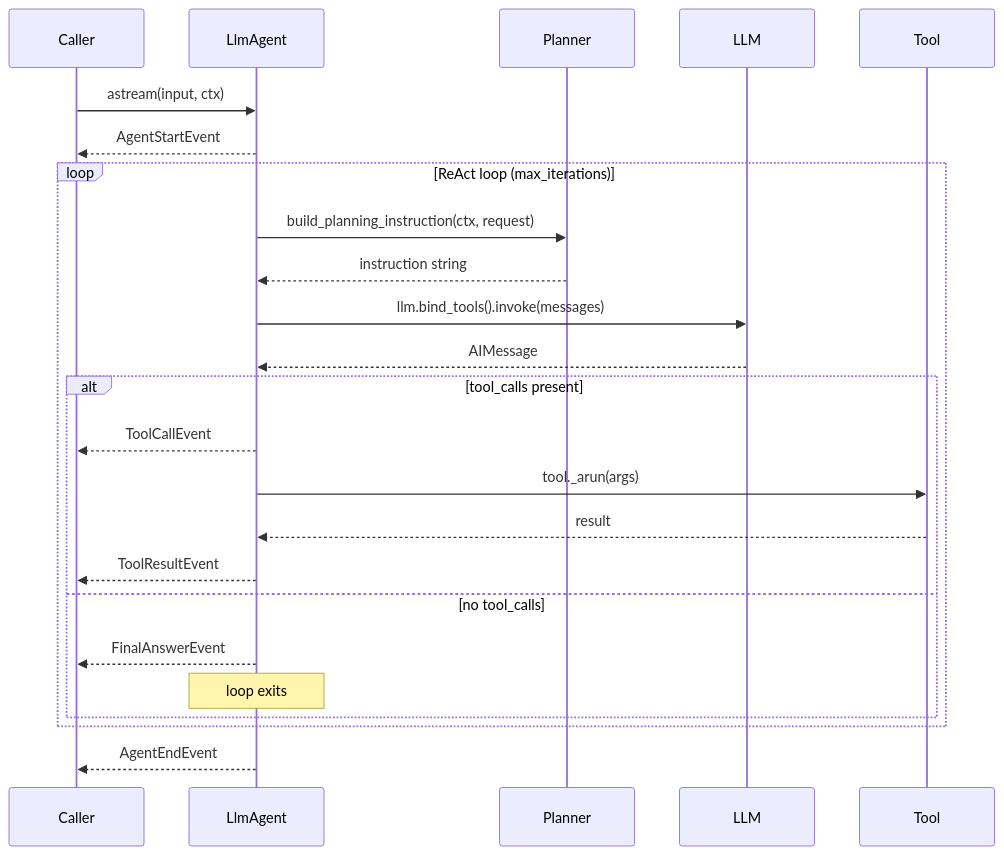
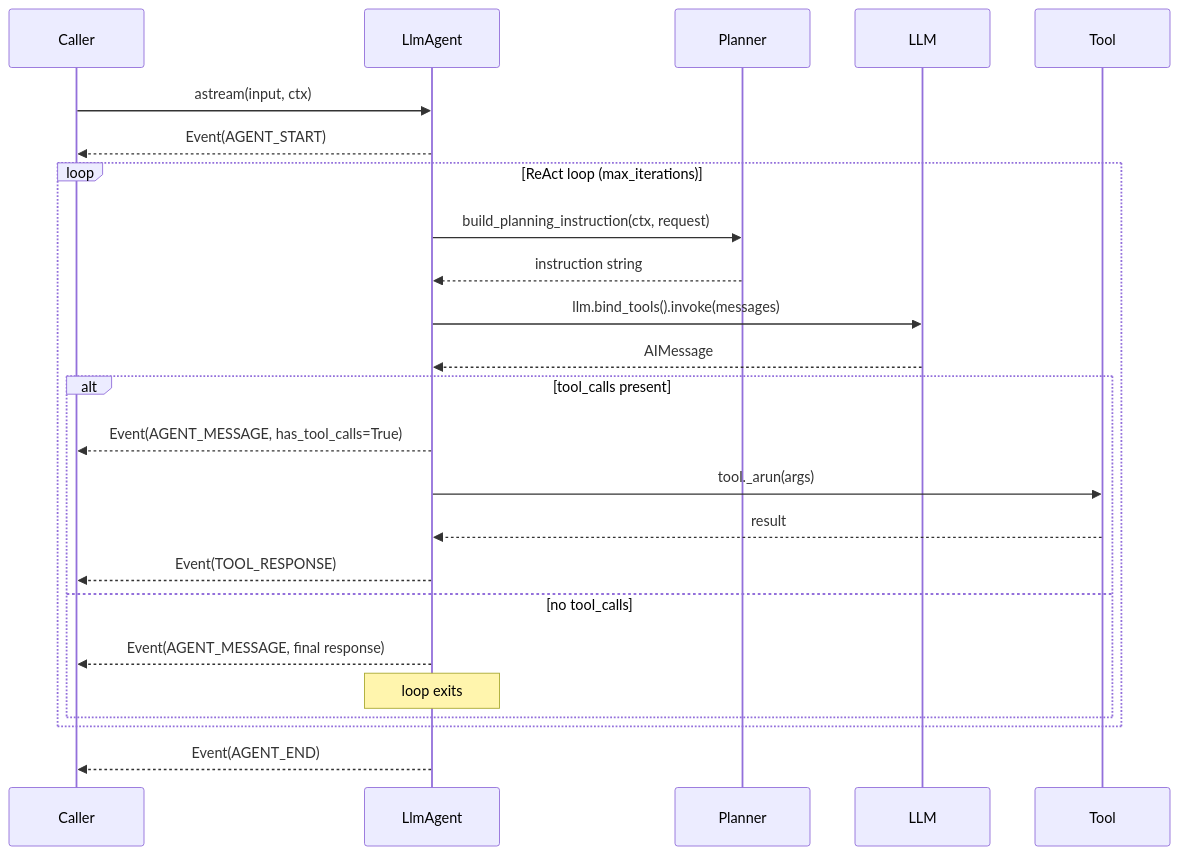
The second of 2 diagrams in docs/concepts/agents.md (NicolaiLassen/langchain-adk), drawn with Mermaid before and after one commit. The commit also changed other lines of this file and 45 other files, not shown here.

````diff
--- a/docs/concepts/agents.md
+++ b/docs/concepts/agents.md
@@ -38,30 +38,30 @@
 ```mermaid
 sequenceDiagram
     participant C as Caller
     participant A as LlmAgent
     participant P as Planner
     participant L as LLM
     participant T as Tool
 
     C->>A: astream(input, ctx)
-    A-->>C: AgentStartEvent
+    A-->>C: Event(AGENT_START)
 
     loop ReAct loop (max_iterations)
         A->>P: build_planning_instruction(ctx, request)
         P-->>A: instruction string
         A->>L: llm.bind_tools().invoke(messages)
         L-->>A: AIMessage
 
         alt tool_calls present
-            A-->>C: ToolCallEvent
+            A-->>C: Event(AGENT_MESSAGE, has_tool_calls=True)
             A->>T: tool._arun(args)
             T-->>A: result
-            A-->>C: ToolResultEvent
+            A-->>C: Event(TOOL_RESPONSE)
         else no tool_calls
-            A-->>C: FinalAnswerEvent
+            A-->>C: Event(AGENT_MESSAGE, final response)
             note over A: loop exits
         end
     end
 
-    A-->>C: AgentEndEvent
+    A-->>C: Event(AGENT_END)
 ```
````
